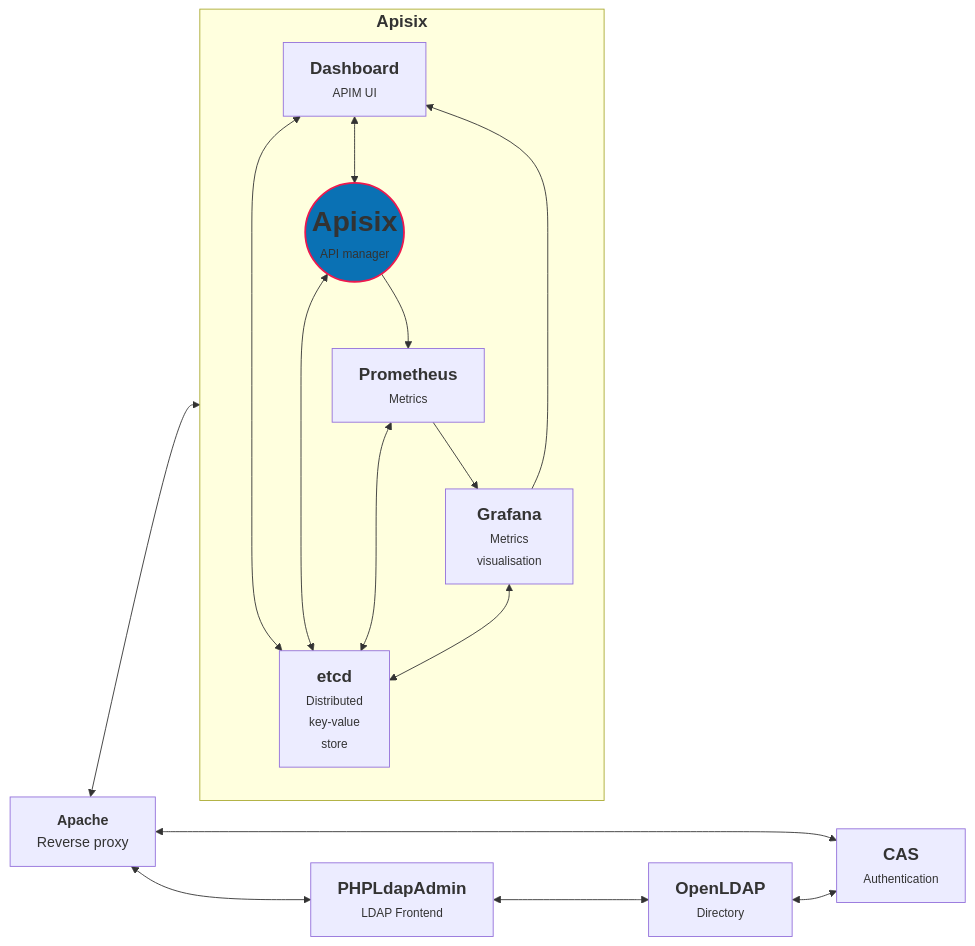
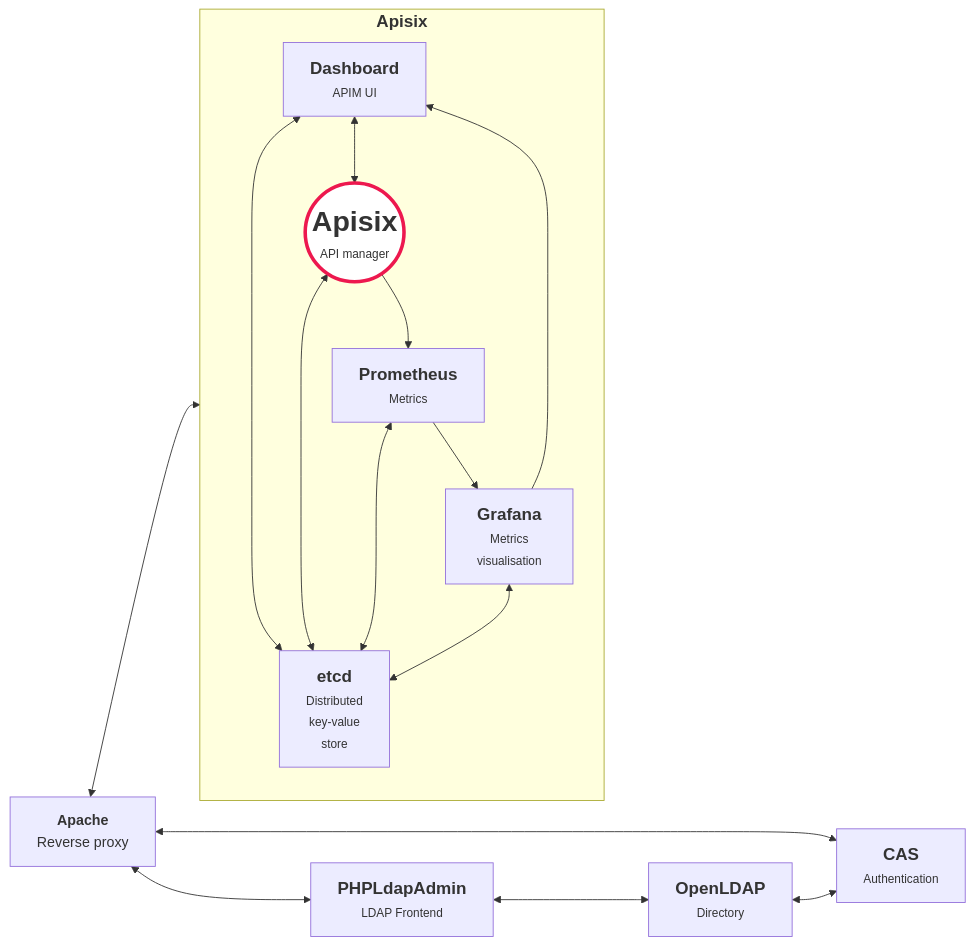
One commit to avenirs-esr/srv-dev changed the diagram in README.md. Above: the diagram before and after it, drawn with Mermaid. The commit also changed other lines of this file, not shown here.

````diff
--- a/README.md
+++ b/README.md
@@ -16,31 +16,31 @@
 ```mermaid
 graph LR;
 subgraph apisix["<big><strong>Apisix<br/></strong></big>"]
   a_etcd["<big><strong>etcd</strong></big><br/><small>Distributed<br/>key-value<br/>store</small>"] 
   a_ui["<big><strong>Dashboard</strong></big><br/><small>APIM UI<small>"] <--> a_etcd
   a_grafana["<big><strong>&nbsp;Grafana&nbsp;</strong></big><br/><small>Metrics<br/>visualisation</small>"] <--> a_etcd
   a_prometheus["<big><strong>Prometheus</strong></big><br/><small>Metrics</small>"] <--> a_etcd
   a_core(("<big><strong><font size=6em>Apisix</font></strong></big><br/><small>API manager</small>")) <--> a_etcd
 
   a_grafana --> a_ui
   a_prometheus --> a_grafana
   a_ui <--> a_core -->a_prometheus
 
 
 end 
 
 apache["<strong>Apache</strong><br/>Reverse proxy</strong>"] 
 cas["<big ><strong>CAS</strong></big><br/><small>Authentication</small>"] 
 openldap["<big><strong>OpenLDAP</strong></big><br/><small>Directory</small>"] 
 phpldapadmin["<big><strong>PHPLdapAdmin</strong></big><br/><small>LDAP Frontend</small>"] 
 
 
 apache  <--> apisix
 apache <--> cas 
 apache <--> phpldapadmin
 openldap <--> cas
 phpldapadmin <--> openldap
-classDef main fill:#0a71b4,stroke:#ed184e,stroke-width:2px, min-width:2000px
+classDef main fill:white,stroke:#ed184e,stroke-width:4px, min-width:2000px
 class a_core main
 
 ```
````
